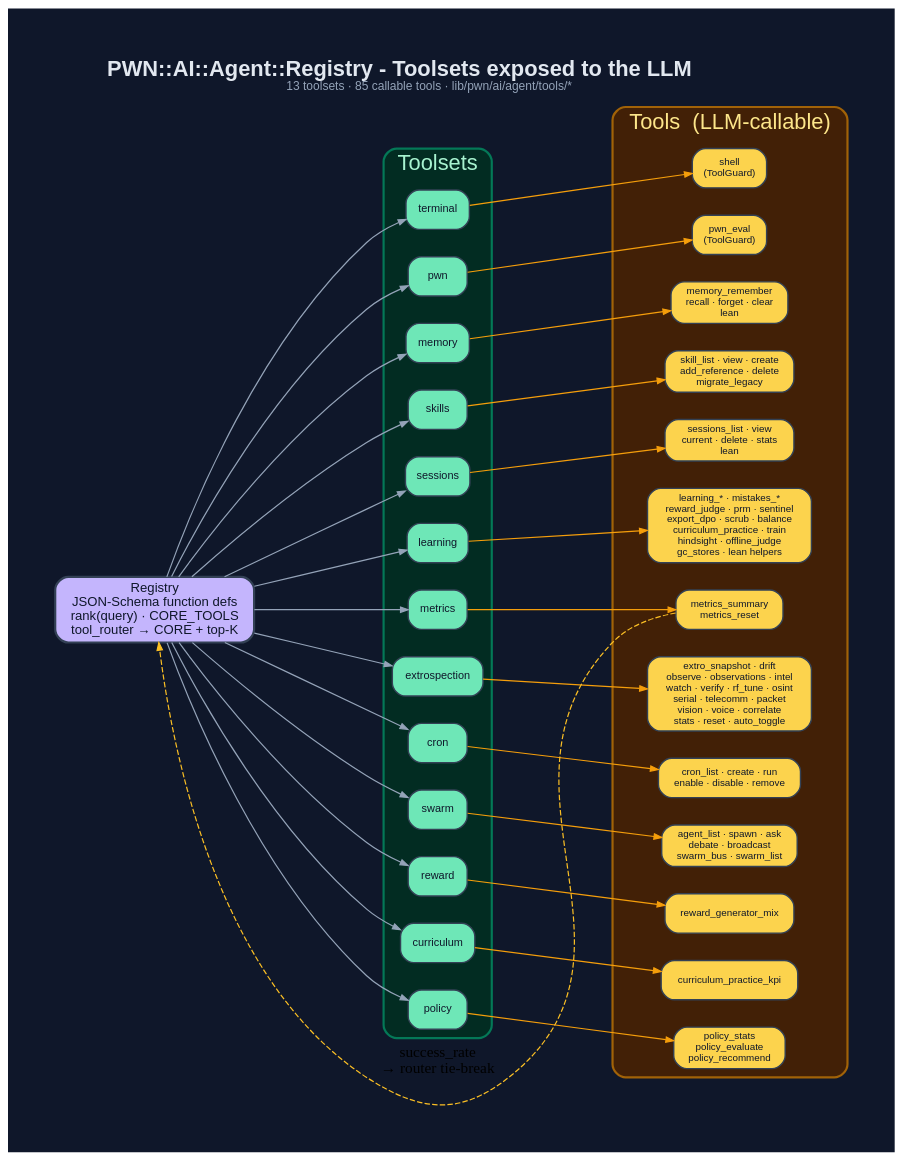
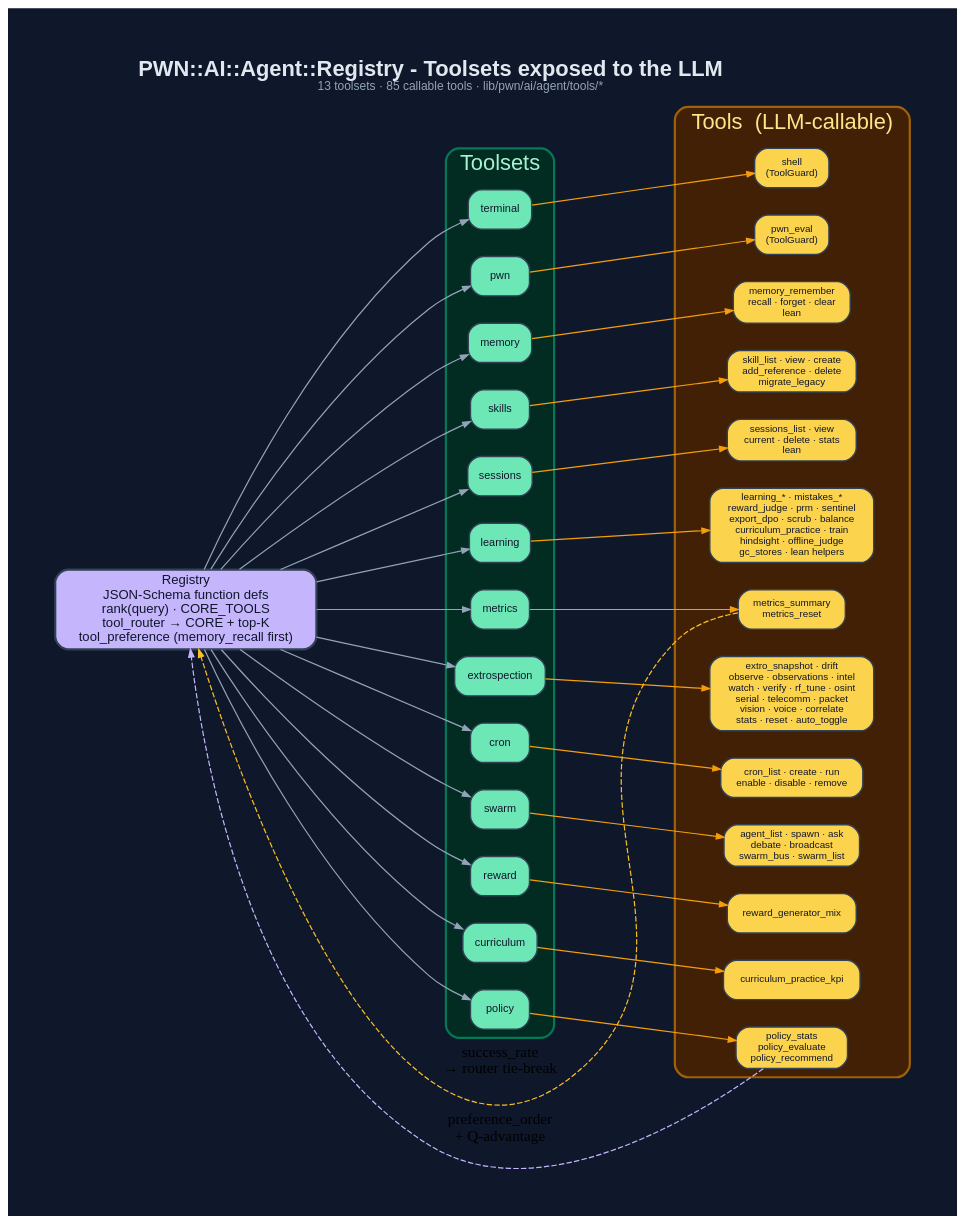
One commit to 0dayInc/pwn changed the diagram in documentation/diagrams/dot/agent-tool-registry.dot. Above: the diagram before and after it, drawn with Graphviz. The commit also changed 40 other files, not shown here.

Commit message:
PWN::AI::Agent::Registry module - implement tool priority order preferences, `spin.stop` object #bugfix in `pwn-ai`, and documentation updates

```diff
--- a/documentation/diagrams/dot/agent-tool-registry.dot
+++ b/documentation/diagrams/dot/agent-tool-registry.dot
@@ -1,71 +1,72 @@
 digraph "PWN_Agent_Tool_Registry" {
   graph [
     label=<<B>PWN::AI::Agent::Registry - Toolsets exposed to the LLM</B><BR/><FONT POINT-SIZE="11" COLOR="#94a3b8">13 toolsets · 85 callable tools · lib/pwn/ai/agent/tools/*</FONT>>,
     labelloc=t, fontsize=20, fontname="Helvetica",
     rankdir=LR, splines=spline, nodesep=0.35, ranksep=1.4,
     bgcolor="#0f172a", fontcolor="#e2e8f0", pad=0.6, newrank=true
   ];
   node [fontname="Helvetica", fontsize=10, style="filled,rounded",
         shape=box, penwidth=1.3, color="#334155", fontcolor="#0f172a"];
   edge [color="#94a3b8", penwidth=1.1, arrowsize=0.7];
 
-  Registry [label="Registry\nJSON-Schema function defs\nrank(query) · CORE_TOOLS\ntool_router → CORE + top-K", fillcolor="#c4b5fd", fontsize=12, penwidth=2];
+  Registry [label="Registry\nJSON-Schema function defs\nrank(query) · CORE_TOOLS\ntool_router → CORE + top-K\ntool_preference (memory_recall first)", fillcolor="#c4b5fd", fontsize=12, penwidth=2];
 
   subgraph cluster_ts {
     label="Toolsets"; fontcolor="#a7f3d0"; style=rounded;
     color="#047857"; bgcolor="#022c22"; penwidth=2;
     terminal [label="terminal", fillcolor="#6ee7b7"];
     pwn      [label="pwn",      fillcolor="#6ee7b7"];
     memory   [label="memory",   fillcolor="#6ee7b7"];
     skills   [label="skills",   fillcolor="#6ee7b7"];
     sessions [label="sessions", fillcolor="#6ee7b7"];
     learning [label="learning", fillcolor="#6ee7b7"];
     metrics  [label="metrics",  fillcolor="#6ee7b7"];
     extro    [label="extrospection", fillcolor="#6ee7b7"];
     cron     [label="cron",     fillcolor="#6ee7b7"];
     swarm    [label="swarm",    fillcolor="#6ee7b7"];
     reward   [label="reward",   fillcolor="#6ee7b7"];
     curric   [label="curriculum", fillcolor="#6ee7b7"];
     policy   [label="policy",   fillcolor="#6ee7b7"];
   }
 
   subgraph cluster_tools {
     label="Tools  (LLM-callable)"; fontcolor="#fde68a"; style=rounded;
     color="#a16207"; bgcolor="#422006"; penwidth=2;
     node [fillcolor="#fcd34d", fontsize=9];
     t_shell   [label="shell\n(ToolGuard)"];
     t_eval    [label="pwn_eval\n(ToolGuard)"];
     t_mem     [label="memory_remember\nrecall · forget · clear\nlean"];
     t_skill   [label="skill_list · view · create\nadd_reference · delete\nmigrate_legacy"];
     t_sess    [label="sessions_list · view\ncurrent · delete · stats\nlean"];
     t_learn   [label="learning_* · mistakes_*\nreward_judge · prm · sentinel\nexport_dpo · scrub · balance\ncurriculum_practice · train\nhindsight · offline_judge\ngc_stores · lean helpers"];
     t_metric  [label="metrics_summary\nmetrics_reset"];
     t_extro   [label="extro_snapshot · drift\nobserve · observations · intel\nwatch · verify · rf_tune · osint\nserial · telecomm · packet\nvision · voice · correlate\nstats · reset · auto_toggle"];
     t_cron    [label="cron_list · create · run\nenable · disable · remove"];
     t_swarm   [label="agent_list · spawn · ask\ndebate · broadcast\nswarm_bus · swarm_list"];
     t_reward  [label="reward_generator_mix"];
     t_curric  [label="curriculum_practice_kpi"];
     t_policy  [label="policy_stats\npolicy_evaluate\npolicy_recommend"];
   }
 
   Registry -> terminal; Registry -> pwn; Registry -> memory;
   Registry -> skills; Registry -> sessions; Registry -> learning;
   Registry -> metrics; Registry -> extro; Registry -> cron; Registry -> swarm;
   Registry -> reward; Registry -> curric; Registry -> policy;
 
   terminal -> t_shell  [color="#f59e0b"];
   pwn      -> t_eval   [color="#f59e0b"];
   memory   -> t_mem    [color="#f59e0b"];
   skills   -> t_skill  [color="#f59e0b"];
   sessions -> t_sess   [color="#f59e0b"];
   learning -> t_learn  [color="#f59e0b"];
   metrics  -> t_metric [color="#f59e0b"];
   extro    -> t_extro  [color="#f59e0b"];
   cron     -> t_cron   [color="#f59e0b"];
   swarm    -> t_swarm  [color="#f59e0b"];
   reward   -> t_reward [color="#f59e0b"];
   policy   -> t_policy [color="#f59e0b"];
   curric   -> t_curric [color="#f59e0b"];
 
   t_metric -> Registry [label="success_rate\n→ router tie-break", style=dashed, color="#fbbf24", constraint=false];
+  t_policy -> Registry [label="preference_order\n+ Q-advantage", style=dashed, color="#c4b5fd", constraint=false];
 }
```
